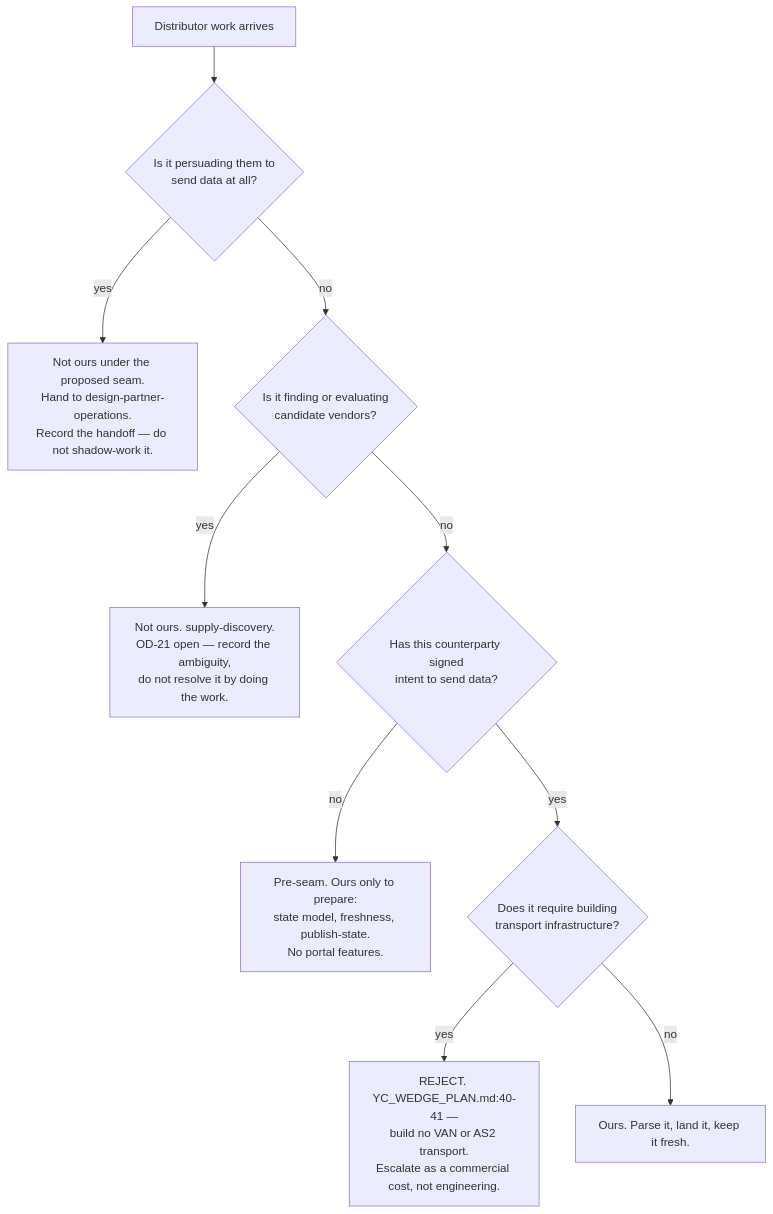
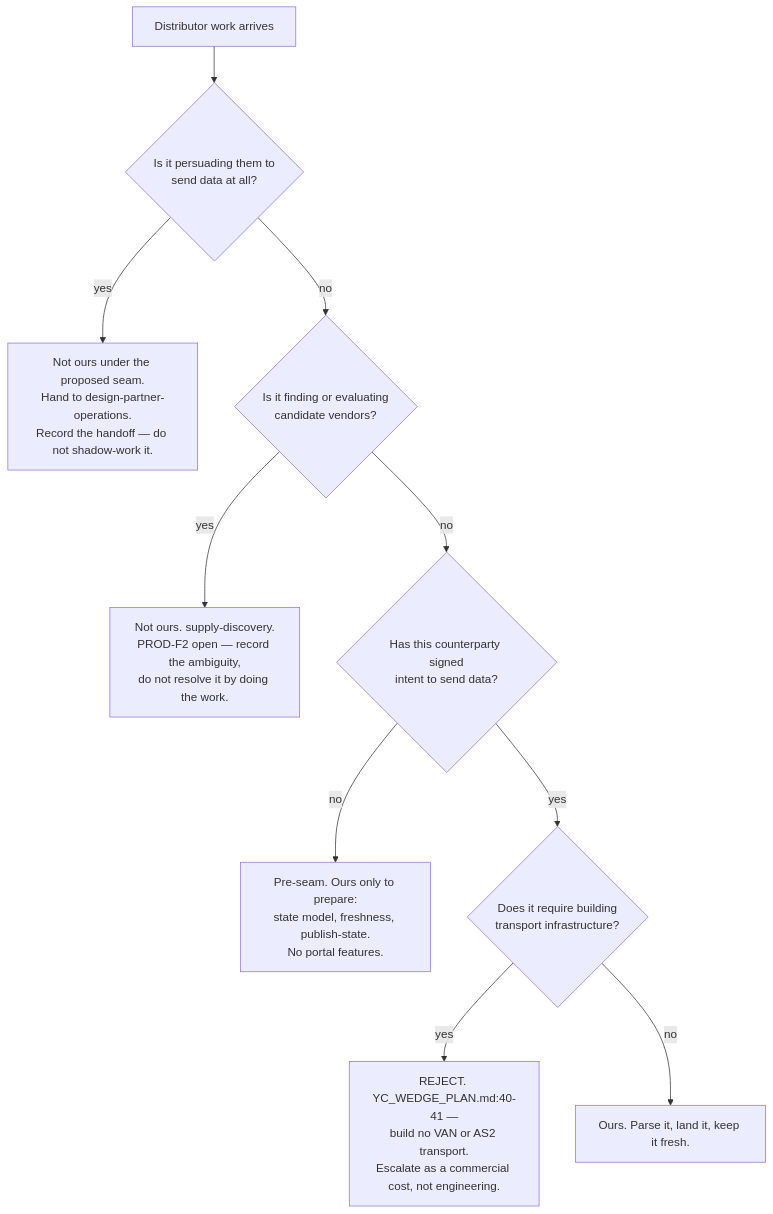
The first of 2 diagrams in .planning/01-org/product/partnerships-integrations/teams/supplier-distributor-network/supplier-distributor-network-directive.md (aldemirkonuk/RestaurantAIAutomation), drawn with Mermaid before and after one commit. The commit also changed other lines of this file and 349 other files, not shown here.

````diff
--- a/.planning/01-org/product/partnerships-integrations/teams/supplier-distributor-network/supplier-distributor-network-directive.md
+++ b/.planning/01-org/product/partnerships-integrations/teams/supplier-distributor-network/supplier-distributor-network-directive.md
@@ -29,15 +29,15 @@
 ```mermaid
 graph TD
   A[Distributor work arrives] --> B{Is it persuading them to<br/>send data at all?}
   B -->|yes| SALES[Not ours under the proposed seam.<br/>Hand to design-partner-operations.<br/>Record the handoff — do not shadow-work it.]
   B -->|no| C{Is it finding or evaluating<br/>candidate vendors?}
 
-  C -->|yes| DISC[Not ours. supply-discovery.<br/>OD-21 open — record the ambiguity,<br/>do not resolve it by doing the work.]
+  C -->|yes| DISC[Not ours. supply-discovery.<br/>PROD-F2 open — record the ambiguity,<br/>do not resolve it by doing the work.]
   C -->|no| D{Has this counterparty signed<br/>intent to send data?}
 
   D -->|no| PRE[Pre-seam. Ours only to prepare:<br/>state model, freshness, publish-state.<br/>No portal features.]
   D -->|yes| E{Does it require building<br/>transport infrastructure?}
 
   E -->|yes| NO[REJECT. YC_WEDGE_PLAN.md:40-41 —<br/>build no VAN or AS2 transport.<br/>Escalate as a commercial cost, not engineering.]
   E -->|no| OURS[Ours. Parse it, land it, keep it fresh.]
 ```
````
